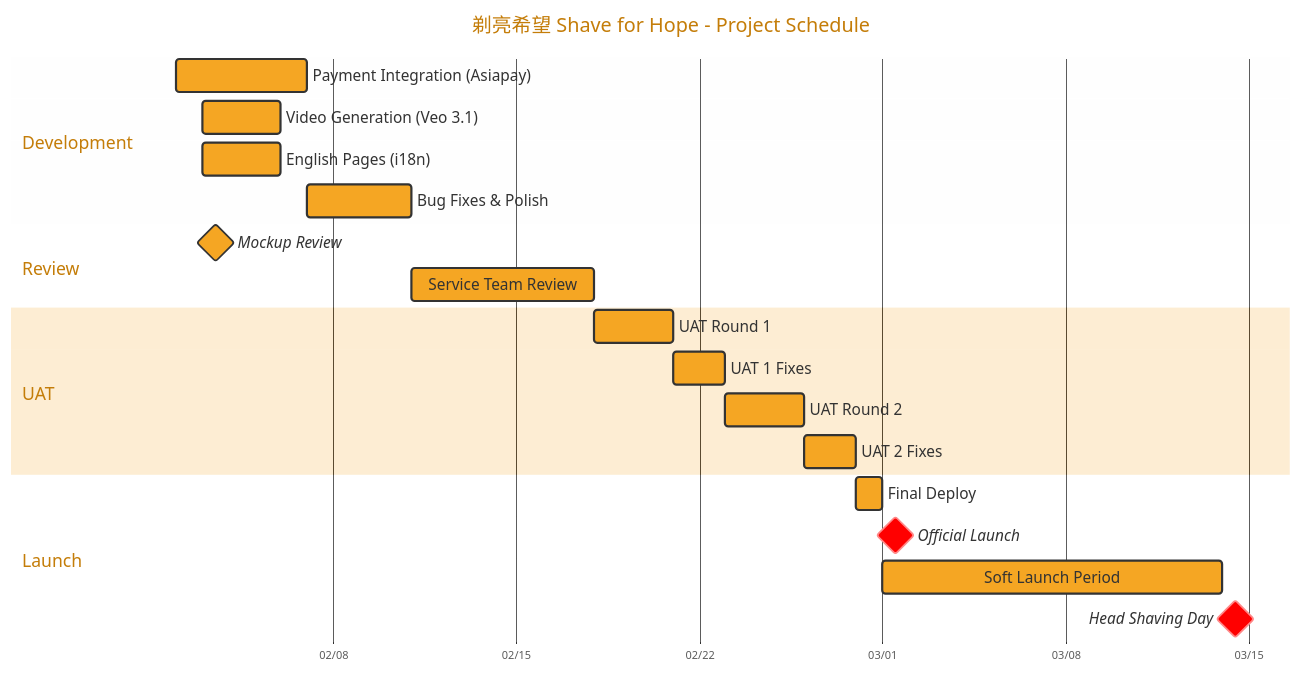
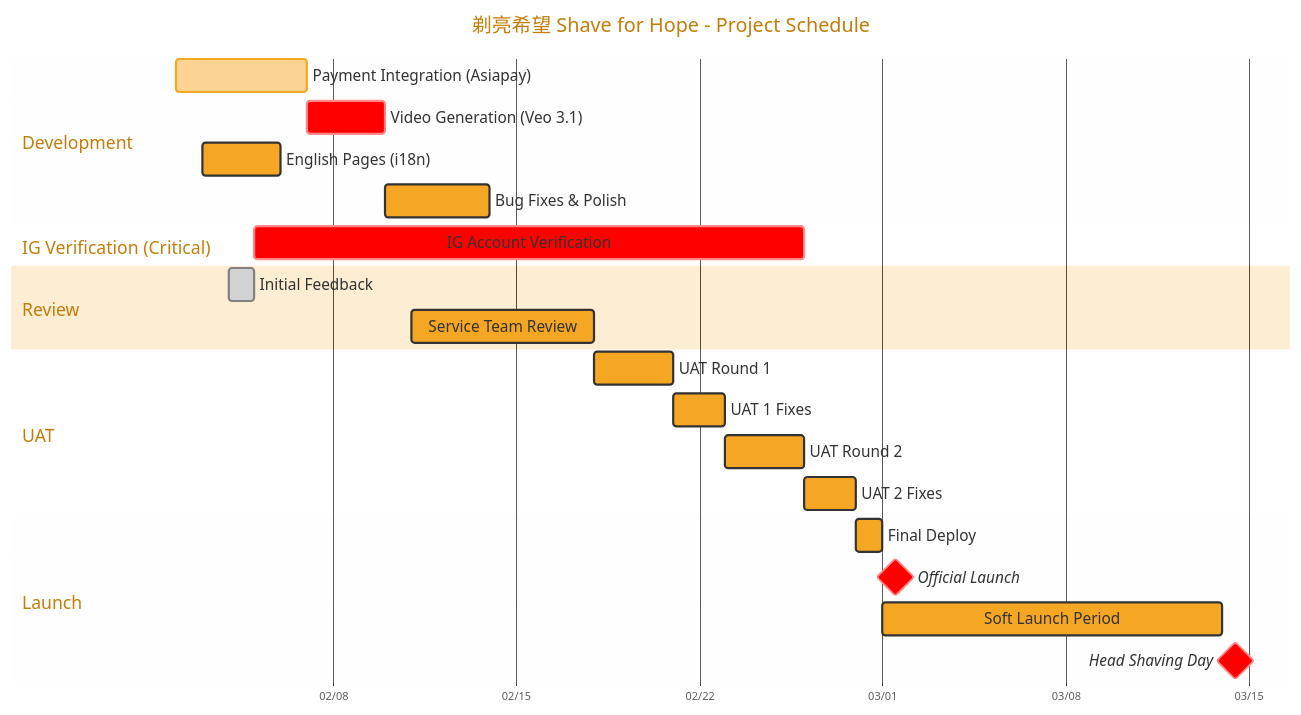
Before and after one commit to ZorroCheng-MC/sharehub: the first of 2 diagrams in documents/2026-01-30-ccf-shave-for-hope-project-schedule.md, drawn with Mermaid. The commit also changed other lines of this file, not shown here.

````diff
--- a/documents/2026-01-30-ccf-shave-for-hope-project-schedule.md
+++ b/documents/2026-01-30-ccf-shave-for-hope-project-schedule.md
@@ -41,54 +54,57 @@
 ```mermaid
 %%{init: {
   'theme': 'base',
   'themeVariables': {
     'primaryColor': '#F5A623',
     'primaryTextColor': '#333',
     'primaryBorderColor': '#333',
     'lineColor': '#666',
     'sectionBkgColor': '#f9f9f9',
     'altSectionBkgColor': '#fff',
     'gridColor': '#ddd',
     'todayLineColor': '#E91E63'
   },
   'gantt': {
     'titleTopMargin': 25,
     'barHeight': 30,
     'barGap': 8,
     'topPadding': 50,
     'leftPadding': 150,
     'gridLineStartPadding': 50,
     'fontSize': 14,
     'sectionFontSize': 16,
     'numberSectionStyles': 4,
     'useWidth': 1200
   }
 }}%%
 gantt
     title 剃亮希望 Shave for Hope - Project Schedule
     dateFormat  YYYY-MM-DD
     axisFormat  %m/%d
     tickInterval 7day
 
     section Development
-    Payment Integration (Asiapay)    :pay, 2026-02-02, 5d
-    Video Generation (Veo 3.1)       :video, 2026-02-03, 3d
+    Payment Integration (Asiapay)    :active, pay, 2026-02-02, 5d
+    Video Generation (Veo 3.1)       :crit, video, 2026-02-07, 3d
     English Pages (i18n)             :i18n, 2026-02-03, 3d
-    Bug Fixes & Polish               :bugs, 2026-02-07, 4d
+    Bug Fixes & Polish               :bugs, 2026-02-10, 4d
+
+    section IG Verification (Critical)
+    IG Account Verification          :crit, ig, 2026-02-05, 21d
 
     section Review
-    Mockup Review                    :milestone, mockup, 2026-02-03, 1d
+    Initial Feedback                 :done, feedback, 2026-02-04, 1d
     Service Team Review              :service, 2026-02-11, 7d
 
     section UAT
     UAT Round 1                      :uat1, 2026-02-18, 3d
     UAT 1 Fixes                      :fix1, 2026-02-21, 2d
     UAT Round 2                      :uat2, 2026-02-23, 3d
     UAT 2 Fixes                      :fix2, 2026-02-26, 2d
 
     section Launch
     Final Deploy                     :deploy, 2026-02-28, 1d
     Official Launch                  :milestone, crit, launch, 2026-03-01, 1d
     Soft Launch Period               :soft, 2026-03-01, 13d
     Head Shaving Day                 :milestone, crit, event, 2026-03-14, 1d
 ```
````
